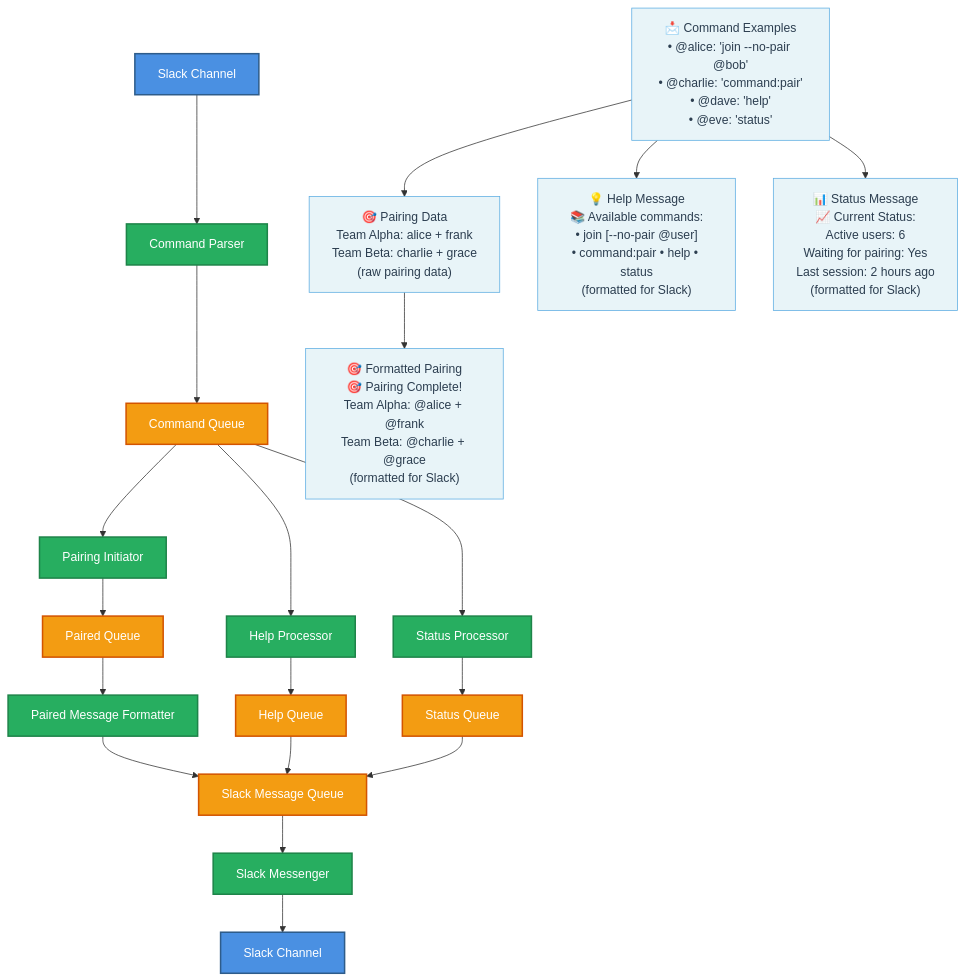
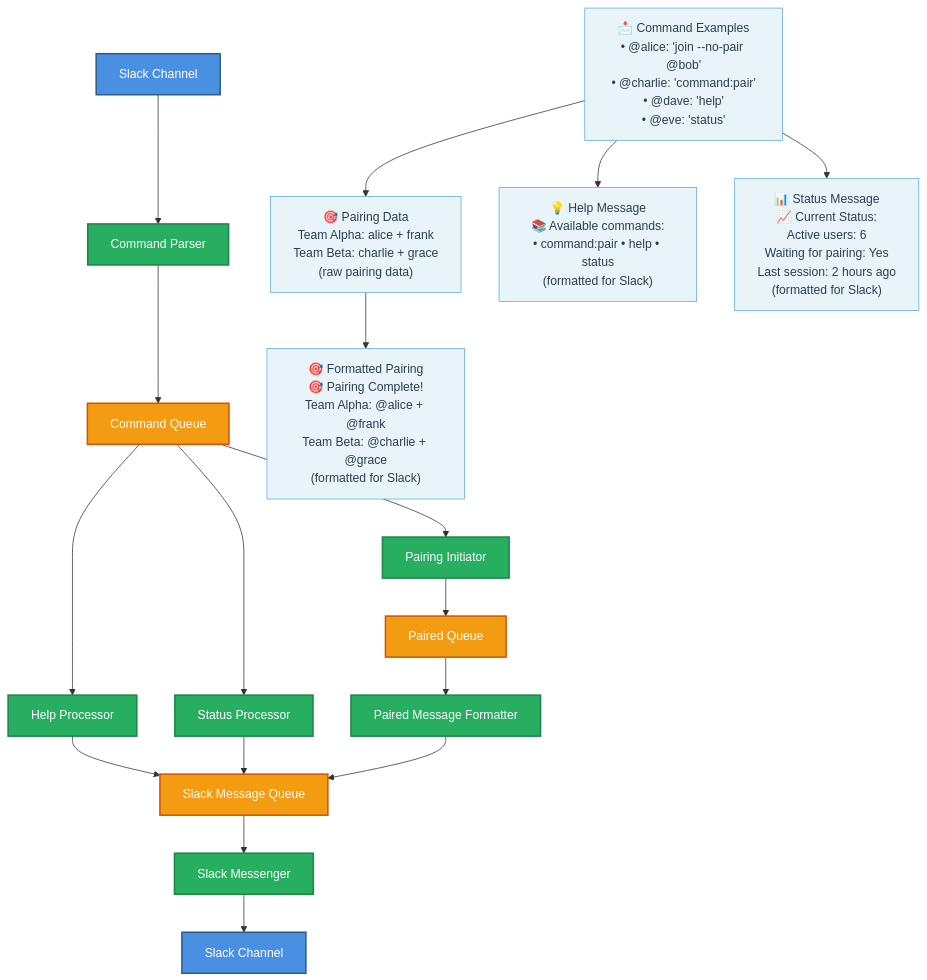
The diagram in 2025-07-17/README.md (charltonaustin/dev-club), drawn with Mermaid before and after one commit. The commit also changed other lines of this file, not shown here.

Commit message:
Updating chart + timing a little

````diff
--- a/2025-07-17/README.md
+++ b/2025-07-17/README.md
@@ -9,48 +9,44 @@
 ```mermaid
 graph TB
     A[Slack Channel] --> B[Command Parser]
     B --> C[Command Queue]
 
     %% Multiple processors reading from same Command Queue
     C --> D[Pairing Initiator]
     C --> H[Help Processor]
     C --> I[Status Processor]
 
     %% Team 1: Pairing Initiator
     D --> E[Paired Queue]
 
     %% Team 2: Help Processor
-    H --> J[Help Queue]
+    H --> M[Help Queue]
 
     %% Team 3: Status Processor
-    I --> K[Status Queue]
+    I --> M[Status Queue]
 
     %% Team 4: Paired Message Formatter
     E --> L[Paired Message Formatter]
     L --> M[Slack Message Queue]
-
-    %% Help and Status push directly to Slack Message Queue
-    J --> M
-    K --> M
 
     %% Team 5: Slack Messenger
     M --> F[Slack Messenger]
     F --> G[Slack Channel]
 
     %% Sample Data Flow
     N["📩 Command Examples<br/>• @alice: 'join --no-pair @bob'<br/>• @charlie: 'command:pair'<br/>• @dave: 'help'<br/>• @eve: 'status'"] --> O["🎯 Pairing Data<br/>Team Alpha: alice + frank<br/>Team Beta: charlie + grace<br/>(raw pairing data)"]
-    N --> P["💡 Help Message<br/>📚 Available commands:<br/>• join [--no-pair @user]<br/>• command:pair • help • status<br/>(formatted for Slack)"]
+    N --> P["💡 Help Message<br/>📚 Available commands:<br/>• command:pair • help • status<br/>(formatted for Slack)"]
     N --> Q["📊 Status Message<br/>📈 Current Status:<br/>Active users: 6<br/>Waiting for pairing: Yes<br/>Last session: 2 hours ago<br/>(formatted for Slack)"]
     O --> R["🎯 Formatted Pairing<br/>🎯 Pairing Complete!<br/>Team Alpha: @alice + @frank<br/>Team Beta: @charlie + @grace<br/>(formatted for Slack)"]
 
     %% Styling
     classDef slackNode fill:#4A90E2,stroke:#2E5C8A,stroke-width:2px,color:#fff
     classDef processorNode fill:#27AE60,stroke:#1E8449,stroke-width:2px,color:#fff
     classDef queueNode fill:#F39C12,stroke:#D35400,stroke-width:2px,color:#fff
     classDef dataNode fill:#E8F4F8,stroke:#5DADE2,stroke-width:1px,color:#2C3E50
 
     class A,G slackNode
     class B,D,H,I,L,F processorNode
     class C,E,J,K,M queueNode
     class N,O,P,Q,R dataNode
 ```
````
